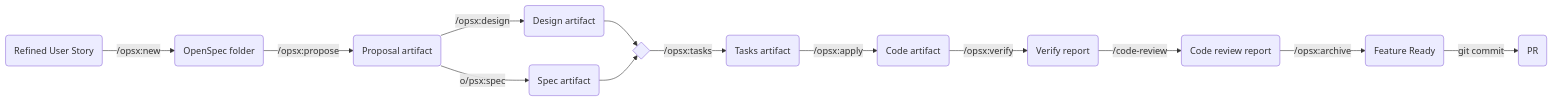
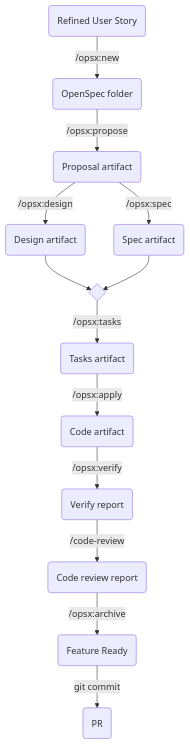
The first of 2 diagrams in README.md (sjexpos/openspec-demo), drawn with Mermaid before and after one commit. The commit also changed other lines of this file and 5 other files, not shown here.

````diff
--- a/README.md
+++ b/README.md
@@ -194,16 +194,16 @@
 ```mermaid
-flowchart LR
+flowchart TD
     A(Refined User Story) -->|/opsx:new| B
     B(OpenSpec folder) -->|/opsx:propose| C
     C(Proposal artifact) -->|/opsx:design| D
-    C(Proposal artifact) -->|o/psx:spec| E
+    C(Proposal artifact) -->|/opsx:spec| E
     D(Design artifact) --> F
     E(Spec artifact) --> F
     F{ } -->|/opsx:tasks| G
     G(Tasks artifact) -->|/opsx:apply| H
     H(Code artifact) -->|/opsx:verify| I
     I(Verify report) -->|/code-review| J
     J(Code review report) -->|/opsx:archive| K
     K(Feature Ready) -->|git commit| L
     L(PR)
 ```
````
